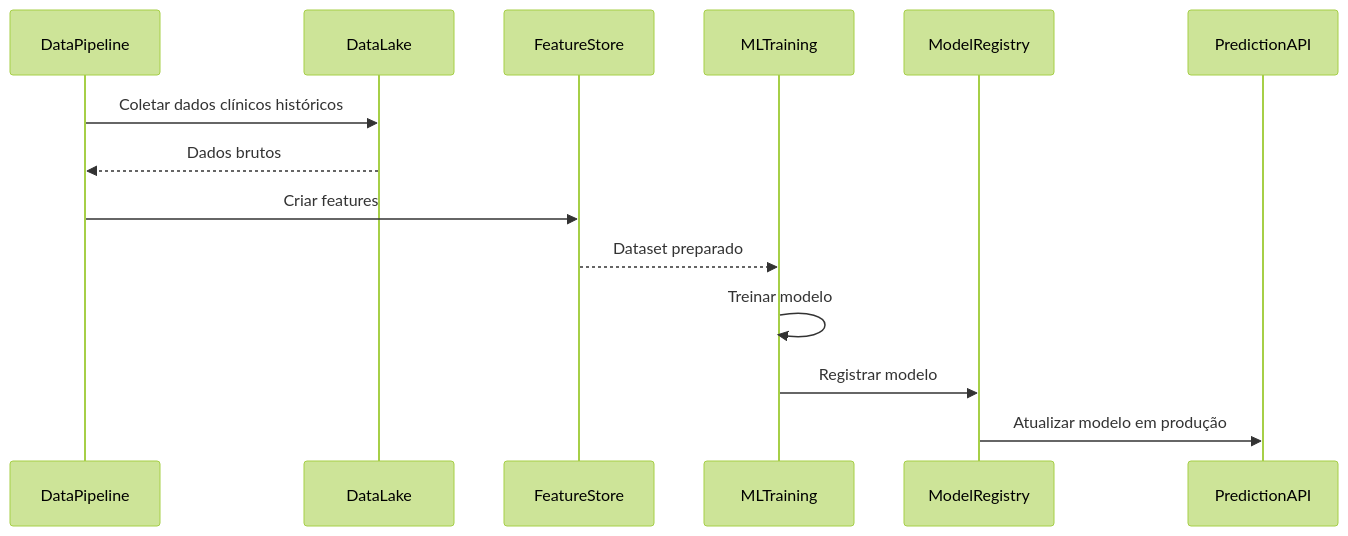
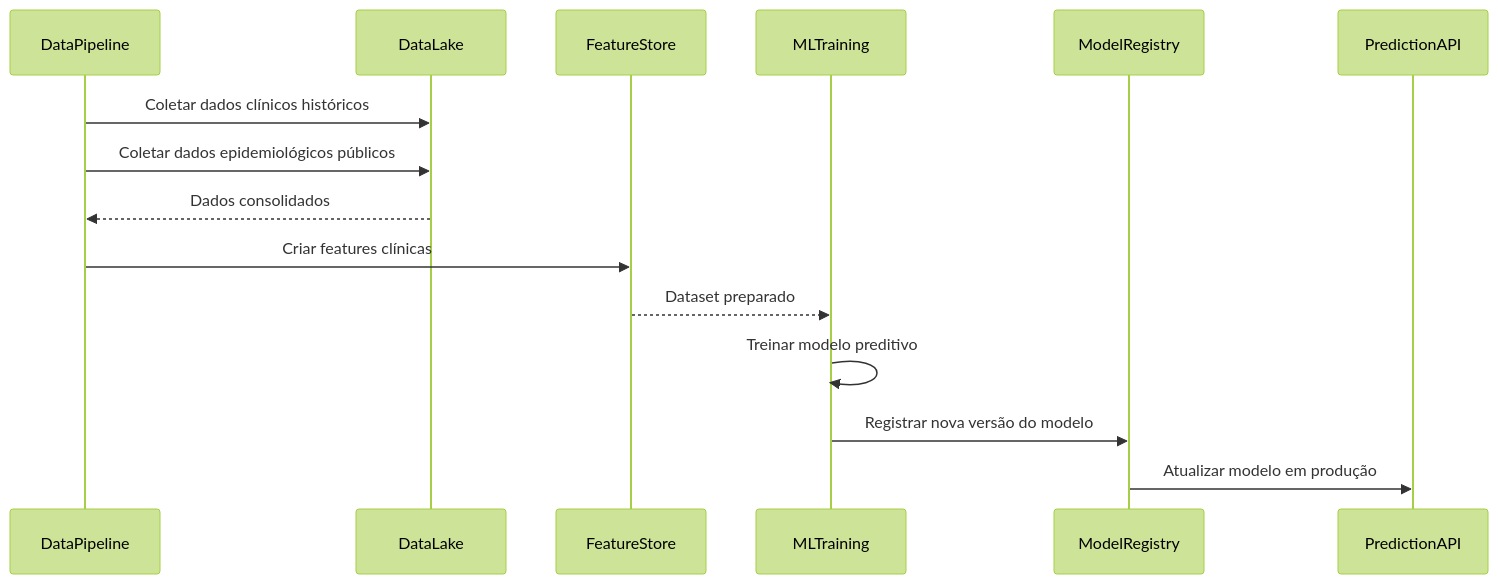
The fifth of 5 diagrams in DIAGRAMA DE SEQUENCIA.md (ccps1-care-predict/care-plus-ccps1), drawn with Mermaid (forest theme) before and after one commit. The commit also changed other lines of this file, not shown here.

Commit message:
doc: diagram de sequencia

````diff
--- a/DIAGRAMA DE SEQUENCIA.md
+++ b/DIAGRAMA DE SEQUENCIA.md
@@ -142,21 +173,25 @@
 ```mermaid
 sequenceDiagram
+
 participant DataPipeline
 participant DataLake
 participant FeatureStore
 participant MLTraining
 participant ModelRegistry
 participant PredictionAPI
 
 DataPipeline->>DataLake: Coletar dados clínicos históricos
-DataLake-->>DataPipeline: Dados brutos
+DataPipeline->>DataLake: Coletar dados epidemiológicos públicos
 
-DataPipeline->>FeatureStore: Criar features
+DataLake-->>DataPipeline: Dados consolidados
+
+DataPipeline->>FeatureStore: Criar features clínicas
+
 FeatureStore-->>MLTraining: Dataset preparado
 
-MLTraining->>MLTraining: Treinar modelo
+MLTraining->>MLTraining: Treinar modelo preditivo
 
-MLTraining->>ModelRegistry: Registrar modelo
+MLTraining->>ModelRegistry: Registrar nova versão do modelo
 
 ModelRegistry->>PredictionAPI: Atualizar modelo em produção
 ```
````
